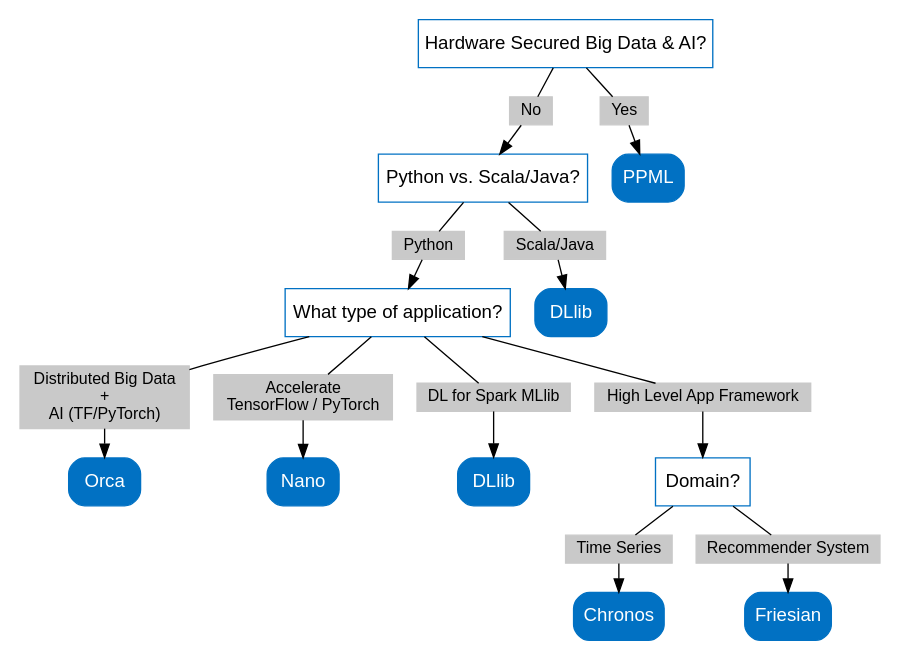
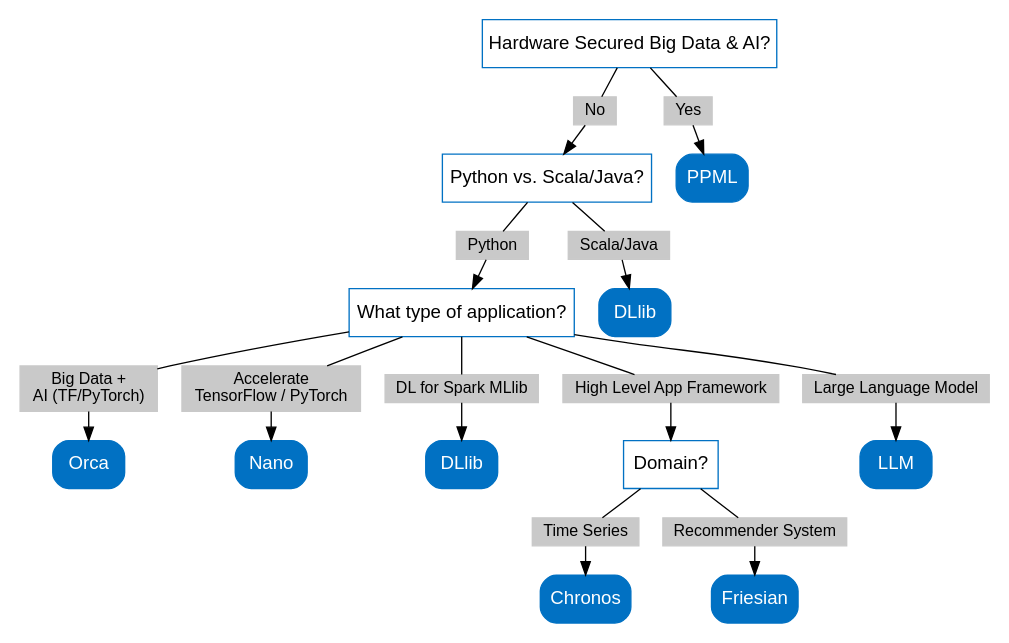
Before and after one commit to intel-analytics/ipex-llm: the diagram in docs/readthedocs/source/index.rst, drawn with Graphviz.

```diff
--- a/docs/readthedocs/source/index.rst
+++ b/docs/readthedocs/source/index.rst
@@ -31,55 +31,59 @@
 .. graphviz::
 
     digraph BigDLDecisionTree {
         graph [pad=0.1 ranksep=0.3 tooltip=" "]
         node [color="#0171c3" shape=box fontname="Arial" fontsize=14 tooltip=" "]
         edge [tooltip=" "]
         
         Feature1 [label="Hardware Secured Big Data & AI?"]
         Feature2 [label="Python vs. Scala/Java?"]
         Feature3 [label="What type of application?"]
         Feature4 [label="Domain?"]
         
+        LLM[href="https://github.com/intel-analytics/BigDL/blob/main/python/llm" target="_blank" target="_blank" style="rounded,filled" fontcolor="#ffffff" tooltip="Go to BigDL-LLM document"]
         Orca[href="../doc/Orca/index.html" target="_blank" target="_blank" style="rounded,filled" fontcolor="#ffffff" tooltip="Go to BigDL-Orca document"]
         Nano[href="../doc/Nano/index.html" target="_blank" target="_blank" style="rounded,filled" fontcolor="#ffffff" tooltip="Go to BigDL-Nano document"]
         DLlib1[label="DLlib" href="../doc/DLlib/index.html" target="_blank" style="rounded,filled" fontcolor="#ffffff" tooltip="Go to BigDL-DLlib document"]
         DLlib2[label="DLlib" href="../doc/DLlib/index.html" target="_blank" style="rounded,filled" fontcolor="#ffffff" tooltip="Go to BigDL-DLlib document"]
         Chronos[href="../doc/Chronos/index.html" target="_blank" style="rounded,filled" fontcolor="#ffffff" tooltip="Go to BigDL-Chronos document"]
         Friesian[href="../doc/Friesian/index.html" target="_blank" style="rounded,filled" fontcolor="#ffffff" tooltip="Go to BigDL-Friesian document"]
         PPML[href="../doc/PPML/index.html" target="_blank" style="rounded,filled" fontcolor="#ffffff" tooltip="Go to BigDL-PPML document"]
         
         ArrowLabel1[label="No" fontsize=12 width=0.1 height=0.1 style=filled color="#c9c9c9"]
         ArrowLabel2[label="Yes" fontsize=12 width=0.1 height=0.1 style=filled color="#c9c9c9"]
         ArrowLabel3[label="Python" fontsize=12 width=0.1 height=0.1 style=filled color="#c9c9c9"]
         ArrowLabel4[label="Scala/Java" fontsize=12 width=0.1 height=0.1 style=filled color="#c9c9c9"]
-        ArrowLabel5[label="Distributed Big Data \n + \n AI (TF/PyTorch)" fontsize=12 width=0.1 height=0.1 style=filled color="#c9c9c9"]
+        ArrowLabel5[label="Big Data + \n AI (TF/PyTorch)" fontsize=12 width=0.1 height=0.1 style=filled color="#c9c9c9"]
         ArrowLabel6[label="Accelerate \n TensorFlow / PyTorch" fontsize=12 width=0.1 height=0.1 style=filled color="#c9c9c9"]
         ArrowLabel7[label="DL for Spark MLlib" fontsize=12 width=0.1 height=0.1 style=filled color="#c9c9c9"]
         ArrowLabel8[label="High Level App Framework" fontsize=12 width=0.1 height=0.1 style=filled color="#c9c9c9"]
         ArrowLabel9[label="Time Series" fontsize=12 width=0.1 height=0.1 style=filled color="#c9c9c9"]
         ArrowLabel10[label="Recommender System" fontsize=12 width=0.1 height=0.1 style=filled color="#c9c9c9"]
+        ArrowLabel11[label="Large Language Model" fontsize=12 width=0.1 height=0.1 style=filled color="#c9c9c9"]
         
         Feature1 -> ArrowLabel1[dir=none]
         ArrowLabel1 -> Feature2
         Feature1 -> ArrowLabel2[dir=none]
         ArrowLabel2 -> PPML
         
         Feature2 -> ArrowLabel3[dir=none]
         ArrowLabel3 -> Feature3
         Feature2 -> ArrowLabel4[dir=none]
         ArrowLabel4 -> DLlib1
         
+        Feature3 -> ArrowLabel11[dir=none]
+        ArrowLabel11 -> LLM
         Feature3 -> ArrowLabel5[dir=none]
-         ArrowLabel5 -> Orca
+        ArrowLabel5 -> Orca
         Feature3 -> ArrowLabel6[dir=none]
         ArrowLabel6 -> Nano
         Feature3 -> ArrowLabel7[dir=none]
         ArrowLabel7 -> DLlib2
         Feature3 -> ArrowLabel8[dir=none]
         ArrowLabel8 -> Feature4
      
         Feature4 -> ArrowLabel9[dir=none]
         ArrowLabel9 -> Chronos
         Feature4 -> ArrowLabel10[dir=none]
         ArrowLabel10 -> Friesian
     }
```
